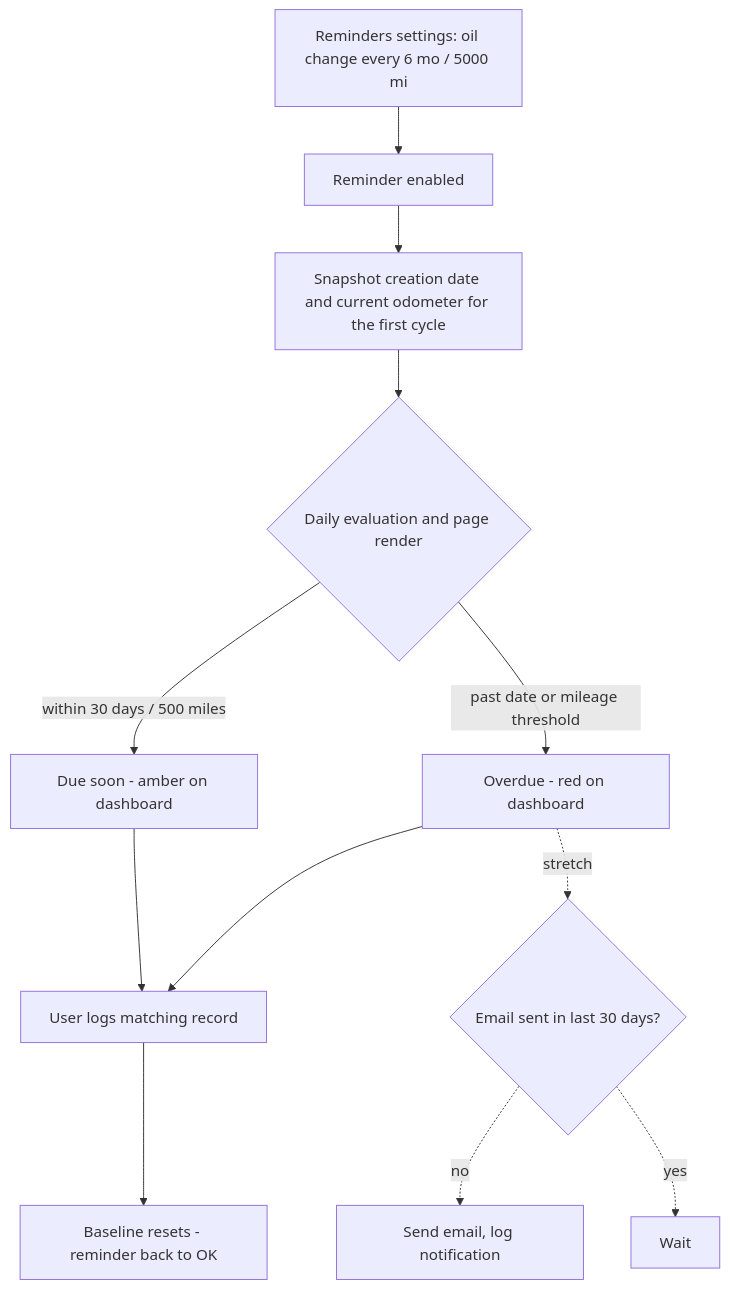
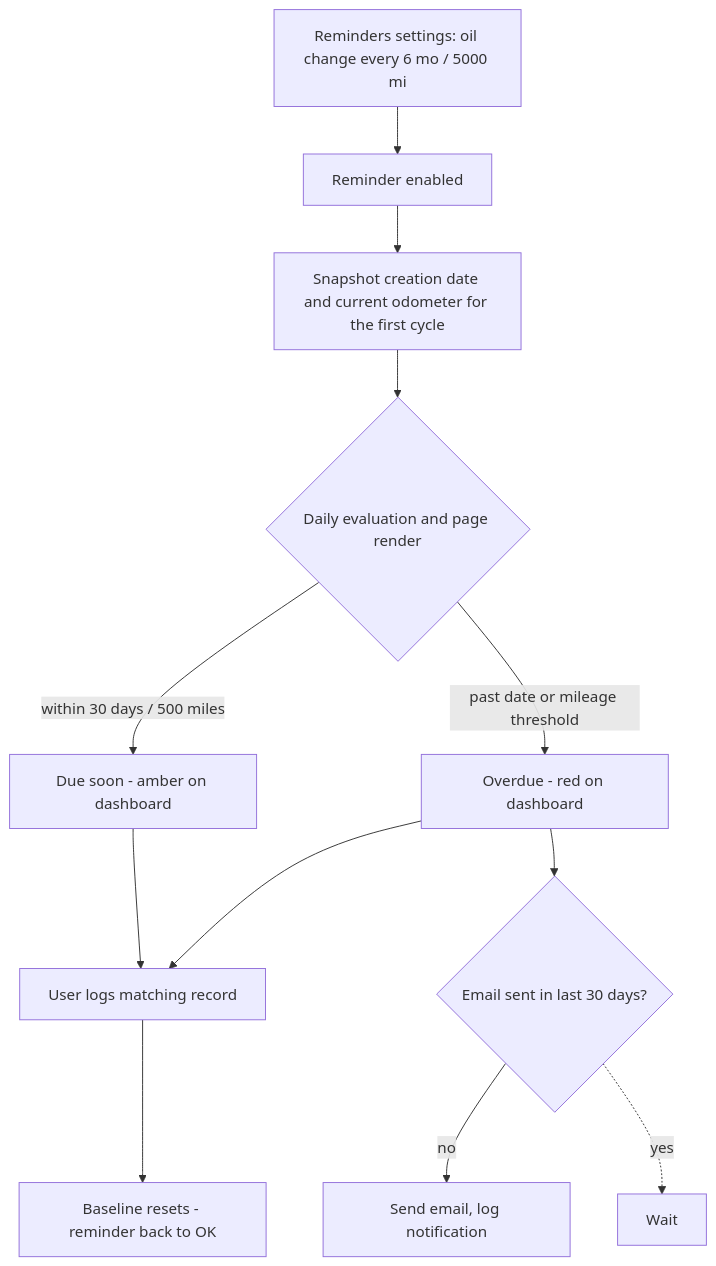
Before and after one commit to bitofbytes-io/carma: the third of 4 diagrams in docs/UI.md, drawn with Mermaid. The commit also changed other lines of this file and 23 other files, not shown here.

````diff
--- a/docs/UI.md
+++ b/docs/UI.md
@@ -64,14 +64,14 @@
 ```mermaid
 flowchart TD
   A[Reminders settings: oil change every 6 mo / 5000 mi] --> B[Reminder enabled]
   B --> S[Snapshot creation date and current odometer for the first cycle]
   S --> C{Daily evaluation and page render}
   C -->|"within 30 days / 500 miles"| D[Due soon - amber on dashboard]
   C -->|"past date or mileage threshold"| E[Overdue - red on dashboard]
-  E -.->|stretch| F{Email sent in last 30 days?}
-  F -.->|no| G[Send email, log notification]
+  E --> F{Email sent in last 30 days?}
+  F -->|no| G[Send email, log notification]
   F -.->|yes| H[Wait]
   D --> I[User logs matching record]
   E --> I
   I --> J[Baseline resets - reminder back to OK]
 ```
````
